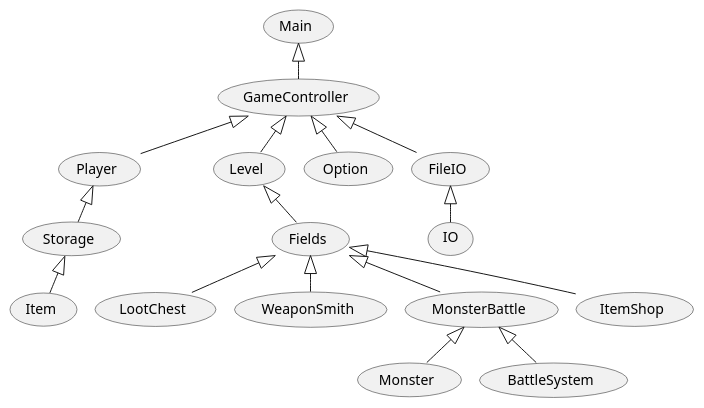
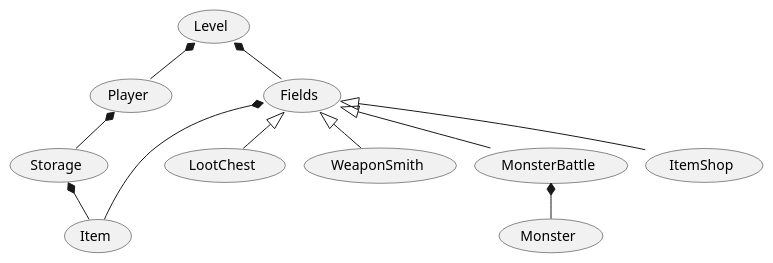
The diagram in src/resources/uml-diagrams/Domain Diagram.puml (AbdullahMarwan/CPH-IceProject-DungeonCrawler), drawn with PlantUML before and after one commit. The commit also changed 2 other files, not shown here.

```diff
--- a/src/resources/uml-diagrams/Domain Diagram.puml
+++ b/src/resources/uml-diagrams/Domain Diagram.puml
@@ -1,26 +1,28 @@
 @startuml
 !pragma layout smetana
 
-(Main) <|-- (GameController)
-(GameController) <|-- (Player)
-(GameController) <|-- (Level)
-(GameController) <|-- (Option)
-(GameController) <|-- (FileIO)
+'(Main) <|-- (GameController)
+'(GameController) <|-- (Player)
+'(GameController) <|-- (Level)
+'(GameController) <|-- (FileIO)
 
-(Player) <|-- (Storage)
-(Storage) <|-- (Item)
+(Player) *-- (Storage)
+(Storage) *-- (Item)
 
-(Level) <|-- (Fields)
+(Level) *-- (Fields)
+(Level) *-- (Player)
 
-(FileIO) <|-- (IO)
+
+'(FileIO) <|-- (IO)
 
 (Fields) <|-- (LootChest)
 (Fields) <|-- (WeaponSmith)
 (Fields) <|-- (MonsterBattle)
 (Fields) <|-- (ItemShop)
+(Fields) *-- (Item)
 
-(MonsterBattle) <|-- (Monster)
-(MonsterBattle) <|-- (BattleSystem)
+(MonsterBattle) *-- (Monster)
+'(MonsterBattle) <|-- (BattleSystem)
 
 
 @enduml
```
